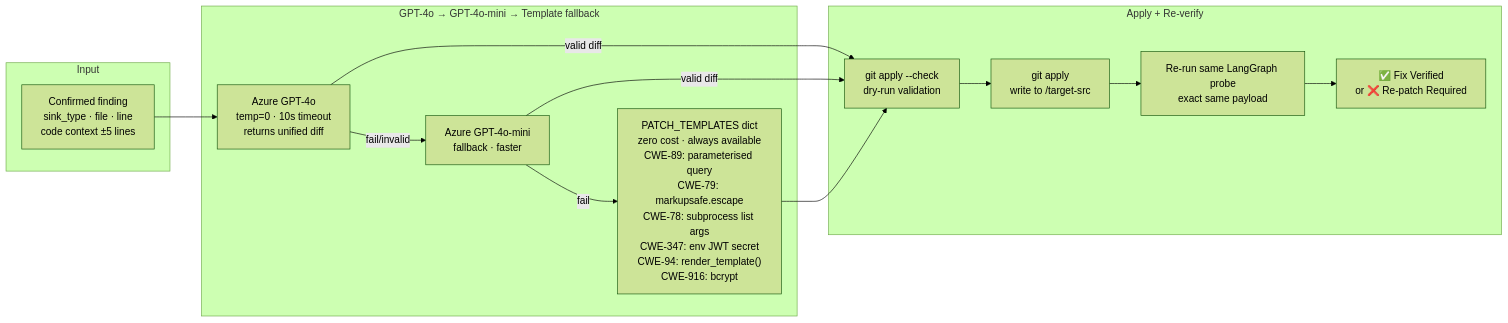
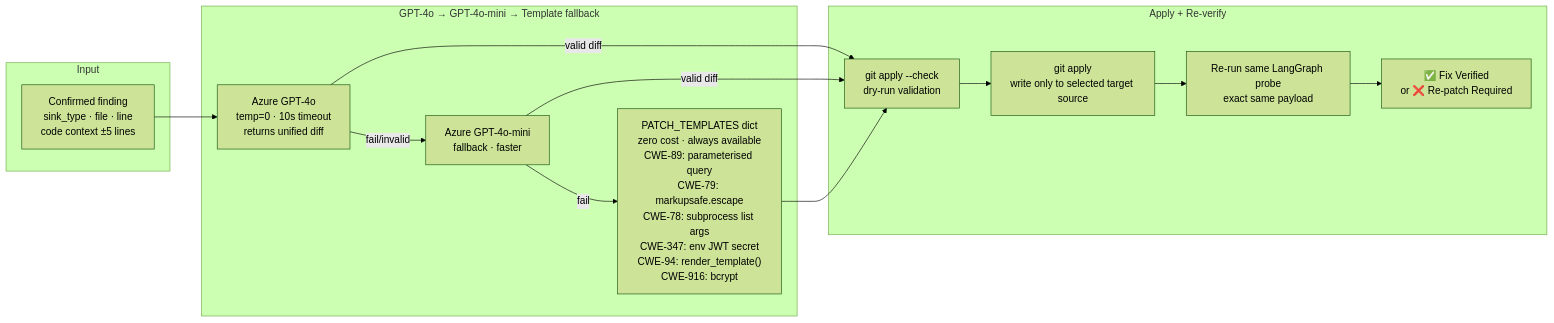
Diagram 12 of 25 in docs/P06-Architecture.md (Halcyora/mitigata), drawn with Mermaid (forest theme) before and after one commit. The commit also changed other lines of this file and 2 other files, not shown here.

First line of the commit message:
Enhance correlation engine documentation with target_id requirements and clarify merging logic

````diff
--- a/docs/P06-Architecture.md
+++ b/docs/P06-Architecture.md
@@ -429,27 +437,27 @@
 ```mermaid
 flowchart LR
     subgraph INPUT["Input"]
         FIND["Confirmed finding\nsink_type · file · line\ncode context ±5 lines"]
     end
 
     subgraph CHAIN["GPT-4o → GPT-4o-mini → Template fallback"]
         GPT4O["Azure GPT-4o\ntemp=0 · 10s timeout\nreturns unified diff"]
         MINI["Azure GPT-4o-mini\nfallback · faster"]
         TPL["PATCH_TEMPLATES dict\nzero cost · always available\nCWE-89: parameterised query\nCWE-79: markupsafe.escape\nCWE-78: subprocess list args\nCWE-347: env JWT secret\nCWE-94: render_template()\nCWE-916: bcrypt"]
     end
 
     subgraph APPLY["Apply + Re-verify"]
         CHECK["git apply --check\ndry-run validation"]
-        APPLY2["git apply\nwrite to /target-src"]
+        APPLY2["git apply\nwrite only to selected target source"]
         REVERIFY["Re-run same LangGraph probe\nexact same payload"]
         RESULT["✅ Fix Verified\nor ❌ Re-patch Required"]
     end
 
     FIND --> GPT4O
     GPT4O -->|valid diff| CHECK
     GPT4O -->|fail/invalid| MINI
     MINI -->|valid diff| CHECK
     MINI -->|fail| TPL
     TPL --> CHECK
     CHECK --> APPLY2 --> REVERIFY --> RESULT
 ```
````
